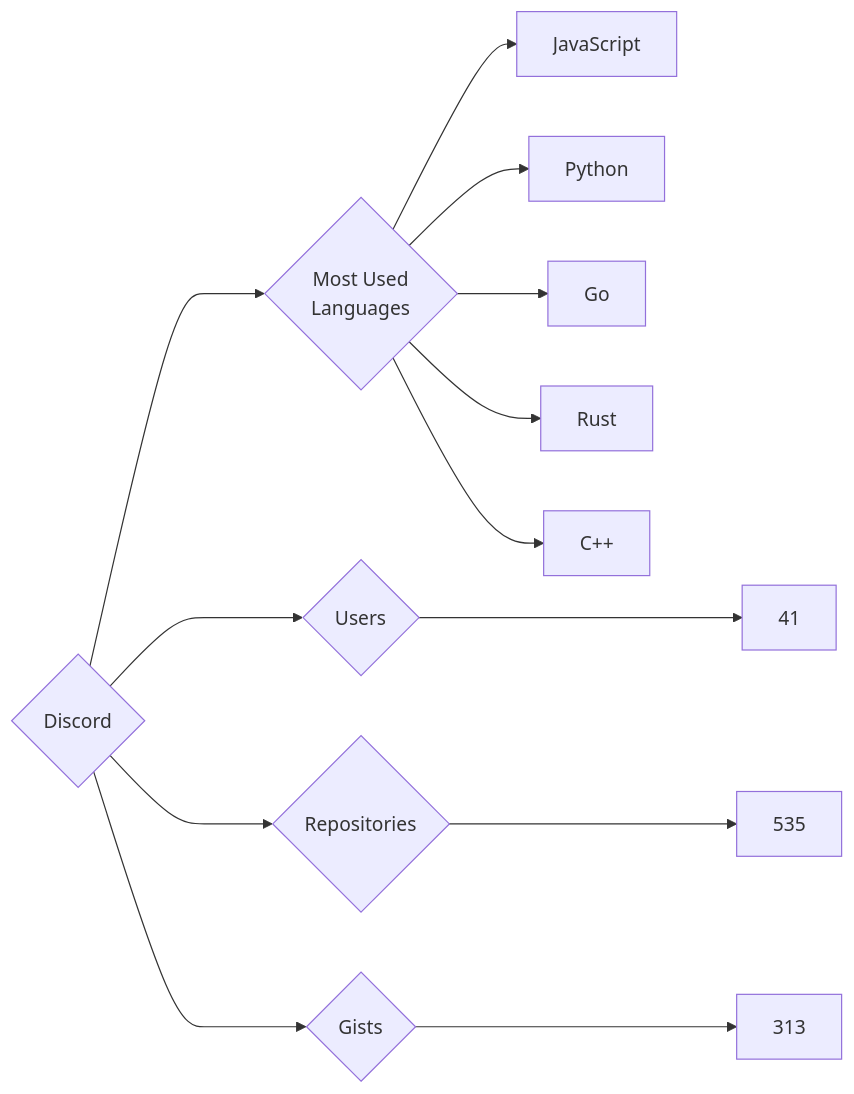
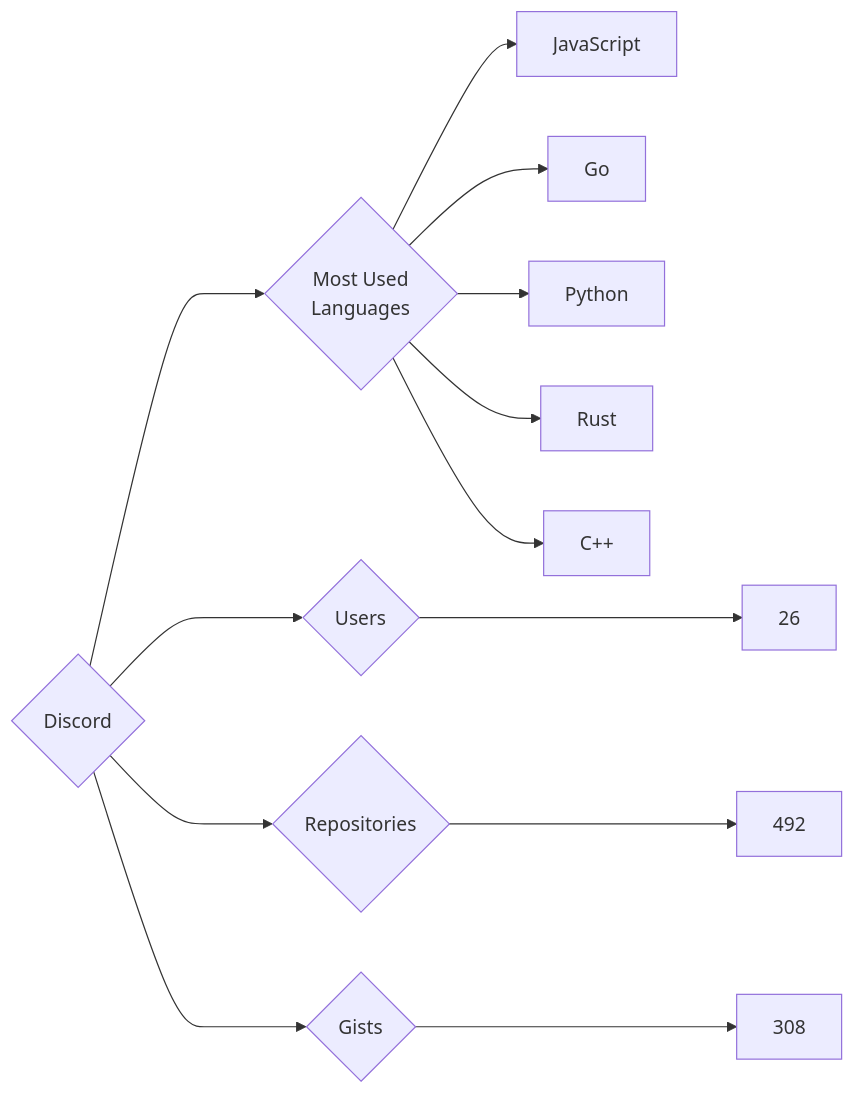
One commit to trickest/insiders changed the diagram in targets/Discord/README.md. Above: the diagram before and after it, drawn with Mermaid. The commit also changed 965 other files, not shown here.

````diff
--- a/targets/Discord/README.md
+++ b/targets/Discord/README.md
@@ -3,13 +3,13 @@
 ```mermaid
 graph LR
 COMPANY_NAME{Discord}
-COMPANY_NAME ---> U{Users} ---> UN[41]
-COMPANY_NAME ---> R{Repositories} ---> RN[535]
-COMPANY_NAME ---> G{Gists} ---> GN[313]
+COMPANY_NAME ---> U{Users} ---> UN[26]
+COMPANY_NAME ---> R{Repositories} ---> RN[492]
+COMPANY_NAME ---> G{Gists} ---> GN[308]
 COMPANY_NAME ---> ML{Most Used<br>Languages}
 ML --> JavaScript[JavaScript]
+ML --> Go[Go]
 ML --> Python[Python]
-ML --> Go[Go]
 ML --> Rust[Rust]
 ML --> C++[C++]
 ```
````
